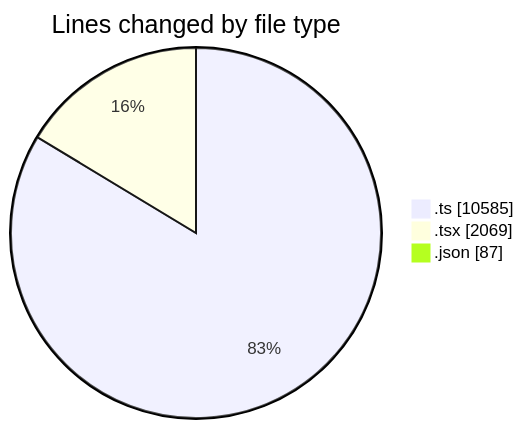
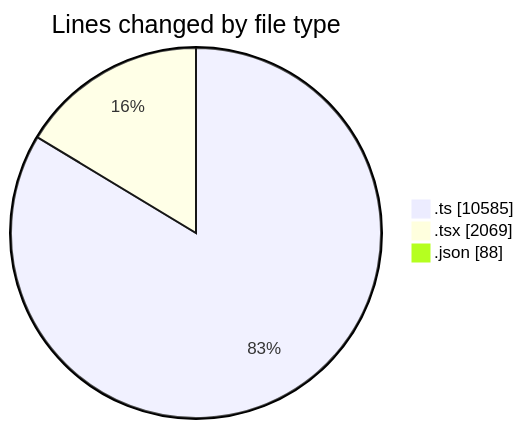
Before and after one commit to momahboobian/code-tracking: the first of 2 diagrams in 2025-07-14/cda/README.md, drawn with Mermaid. The commit also changed other lines of this file and 1 other file, not shown here.

````diff
--- a/2025-07-14/cda/README.md
+++ b/2025-07-14/cda/README.md
@@ -29,7 +29,7 @@
 ```mermaid
 pie showData
 title Lines changed by file type
 ".ts" : 10585
 ".tsx" : 2069
-".json" : 87
+".json" : 88
 ```
````
